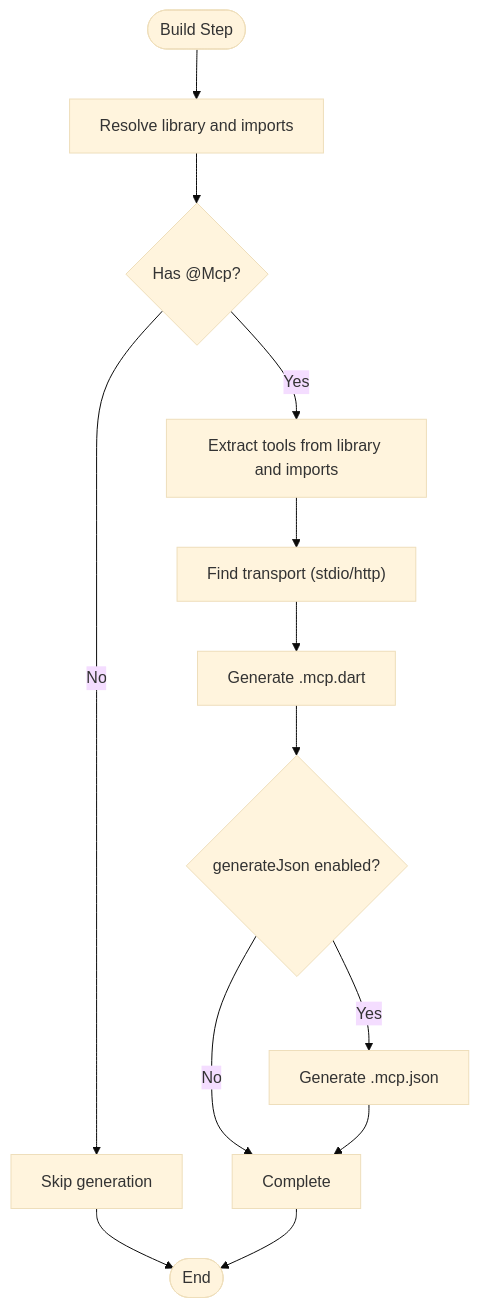
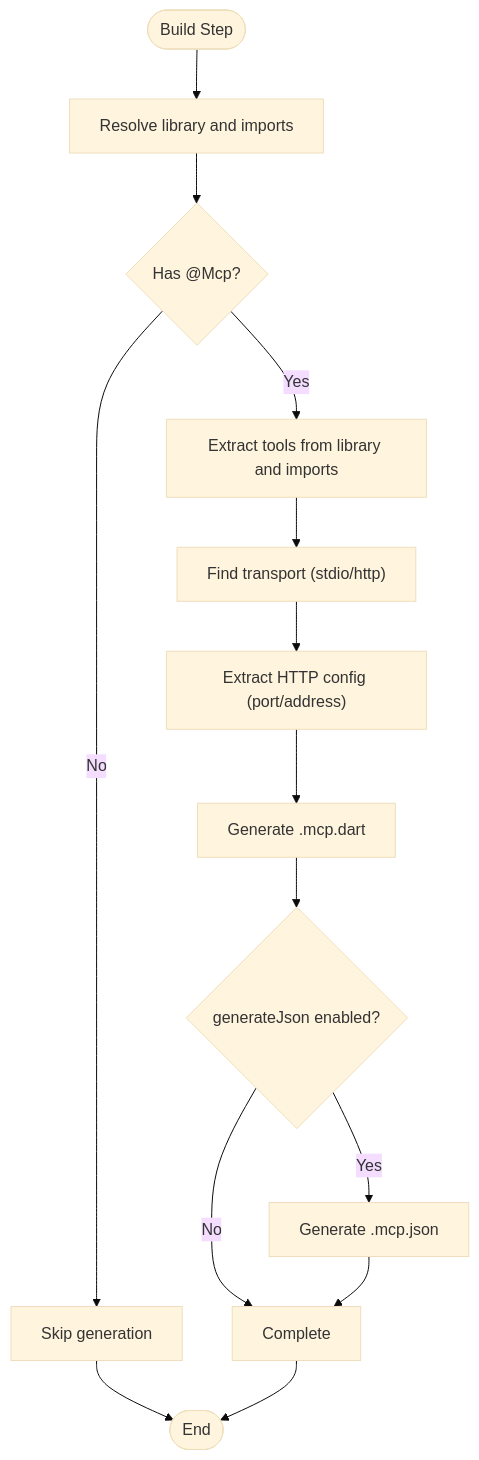
Before and after one commit to cdavis-code/easy_mcp_workspace: the fourth of 6 diagrams in .qoder/repowiki/en/content/Core Concepts/Model Context Protocol Fundamentals.md, drawn with Mermaid (base theme). The commit also changed other lines of this file and 14 other files, not shown here.

````diff
--- a/.qoder/repowiki/en/content/Core Concepts/Model Context Protocol Fundamentals.md
+++ b/.qoder/repowiki/en/content/Core Concepts/Model Context Protocol Fundamentals.md
@@ -194,15 +213,16 @@
 ```mermaid
 flowchart TD
 Start(["Build Step"]) --> CheckLib["Resolve library and imports"]
 CheckLib --> HasMcp{"Has @Mcp?"}
 HasMcp --> |No| Exit["Skip generation"]
 HasMcp --> |Yes| FindTools["Extract tools from library and imports"]
 FindTools --> Transport["Find transport (stdio/http)"]
-Transport --> GenCode["Generate .mcp.dart"]
+Transport --> Config["Extract HTTP config (port/address)"]
+Config --> GenCode["Generate .mcp.dart"]
 GenCode --> JsonOpt{"generateJson enabled?"}
 JsonOpt --> |Yes| GenJson["Generate .mcp.json"]
 JsonOpt --> |No| Done["Complete"]
 GenJson --> Done
 Exit --> End(["End"])
 Done --> End
 ```
````
